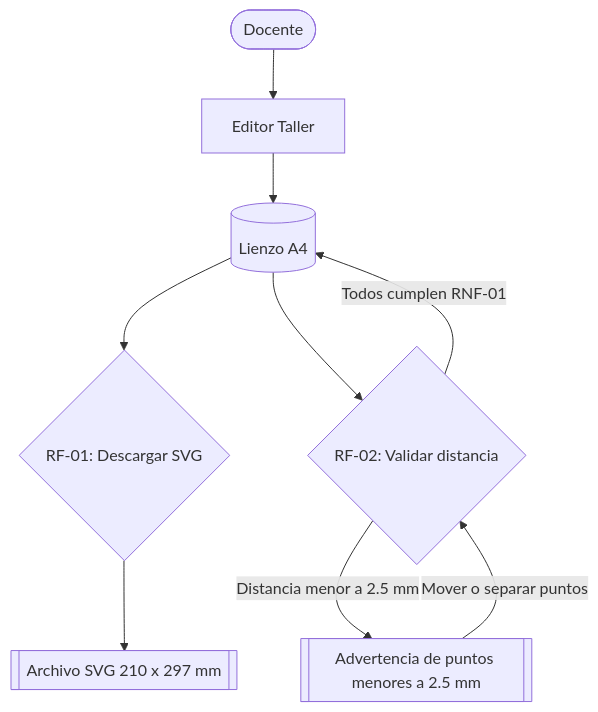
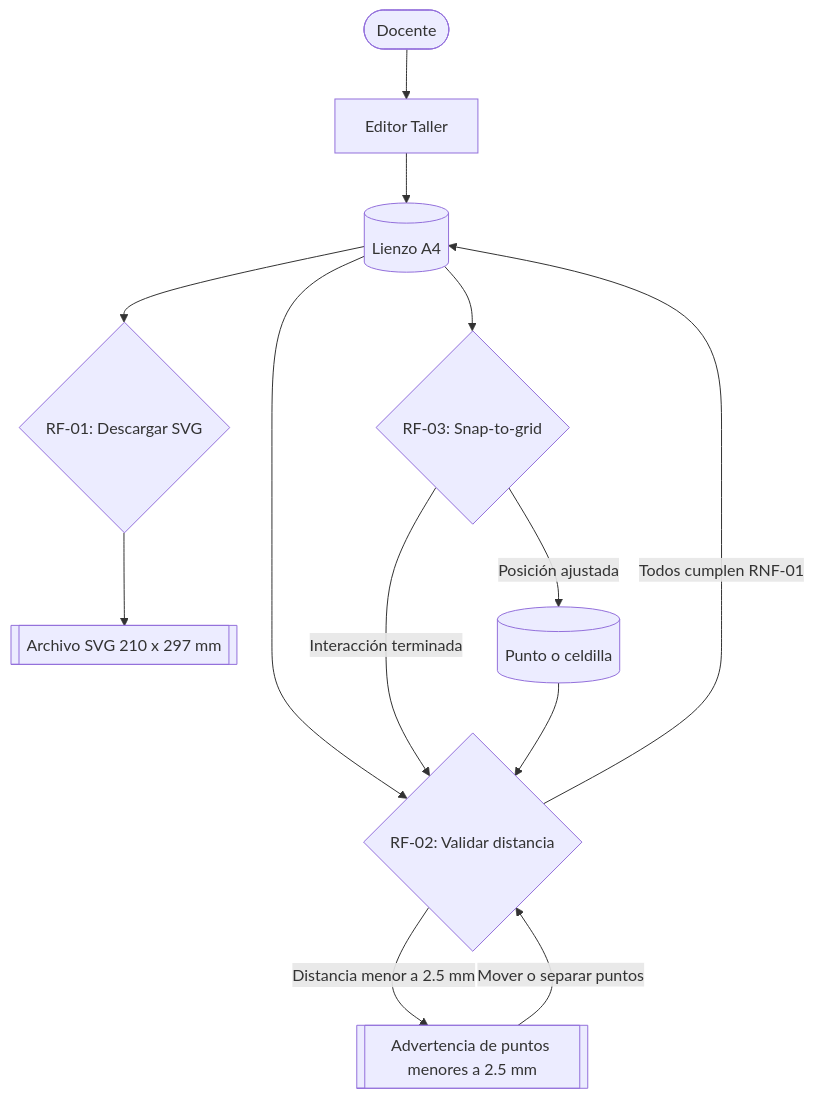
One commit to josephsegura-prog/Pograma_para_galenano changed the diagram in docs/diagramas/ejemplo-casos-de-uso.md. Above: the diagram before and after it, drawn with Mermaid. The commit also changed other lines of this file and 3 other files, not shown here.

````diff
--- a/docs/diagramas/ejemplo-casos-de-uso.md
+++ b/docs/diagramas/ejemplo-casos-de-uso.md
@@ -7,19 +7,23 @@
 ```mermaid
 flowchart TD
     Docente([Docente])
     Taller[Editor Taller]
     Lienzo[(Lienzo A4)]
     Exportar{RF-01: Descargar SVG}
     Validar{RF-02: Validar distancia}
     SVG[[Archivo SVG 210 x 297 mm]]
     Advertencia[[Advertencia de puntos menores a 2.5 mm]]
 
     Docente --> Taller
     Taller --> Lienzo
     Lienzo --> Exportar
     Exportar --> SVG
     Lienzo --> Validar
     Validar -->|Distancia menor a 2.5 mm| Advertencia
     Advertencia -->|Mover o separar puntos| Validar
     Validar -->|Todos cumplen RNF-01| Lienzo
+    Lienzo --> Reticula{RF-03: Snap-to-grid}
+    Reticula -->|Posición ajustada| Punto[(Punto o celdilla)]
+    Reticula -->|Interacción terminada| Validar
+    Punto --> Validar
 ```
````
